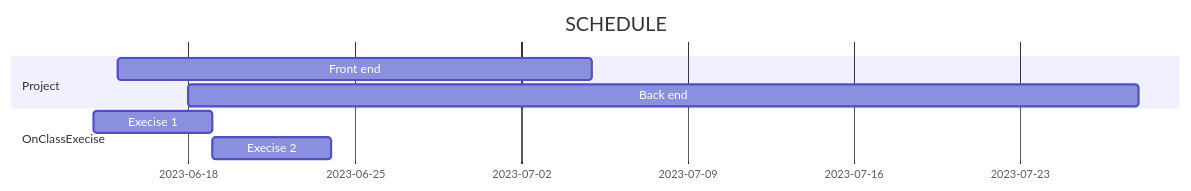
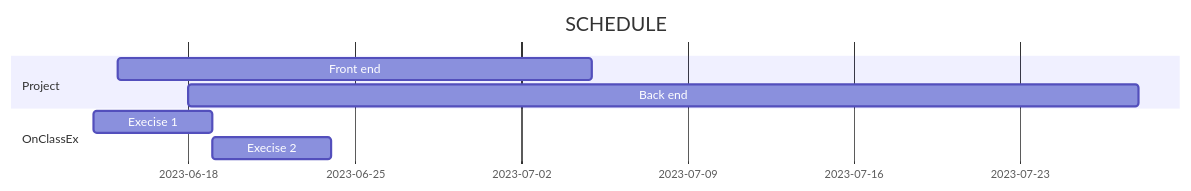
Before and after one commit to ocsiker/databaseOnClass: the diagram in README.md, drawn with Mermaid.

Commit message:
feat(docs): deduct typo

````diff
--- a/README.md
+++ b/README.md
@@ -12,13 +12,13 @@
 ```mermaid
 gantt
 title  SCHEDULE 
 dateFormat  DD-MM-YY 
 section Project
 Front end: fe, 15-06-23, 20d
 Back end: be, 18-06-23, 40d
-section OnClassExecise
+section OnClassEx
 Execise 1: ex1, 14-06-23, 5d
 Execise 2: after ex1 ex2, 5d
 
 
 ```
````
